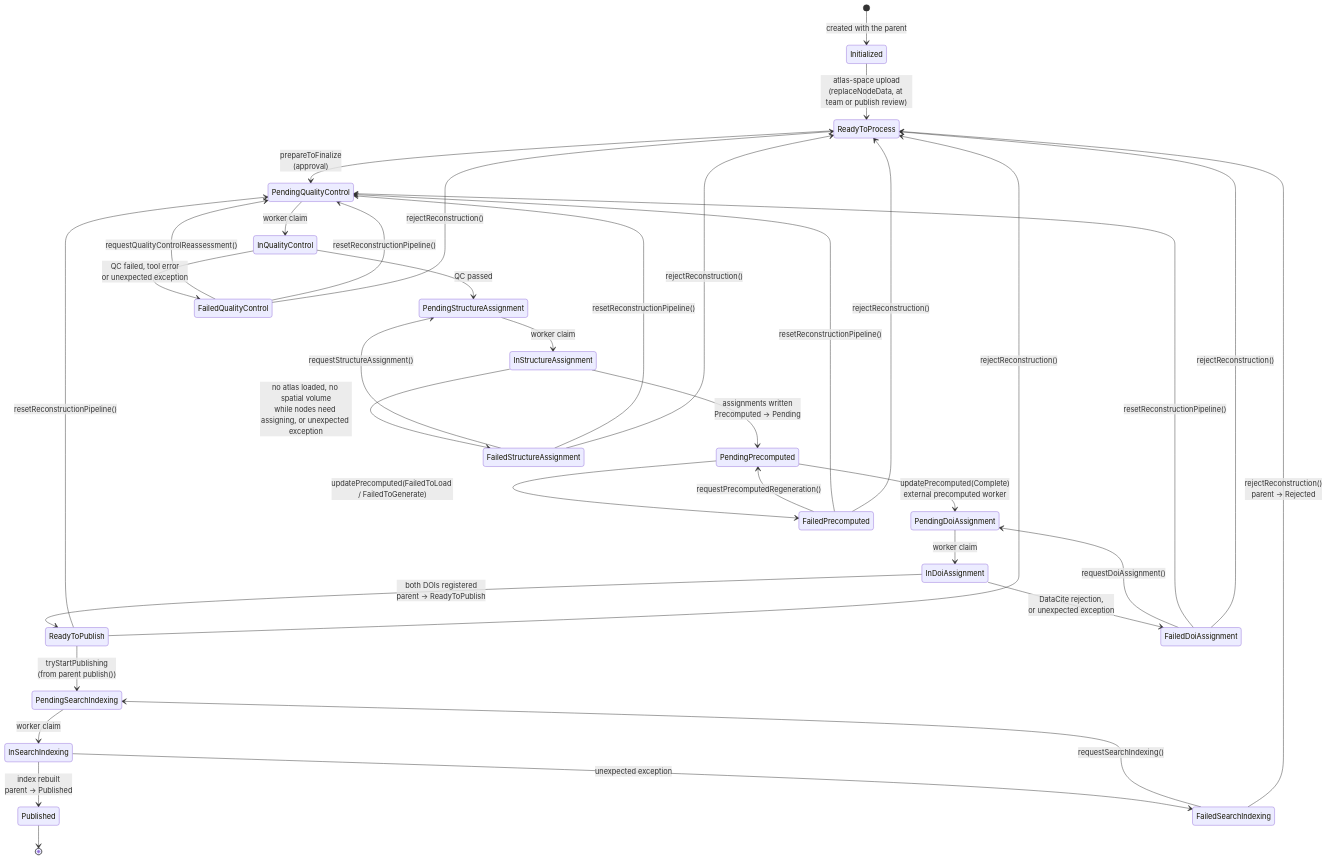
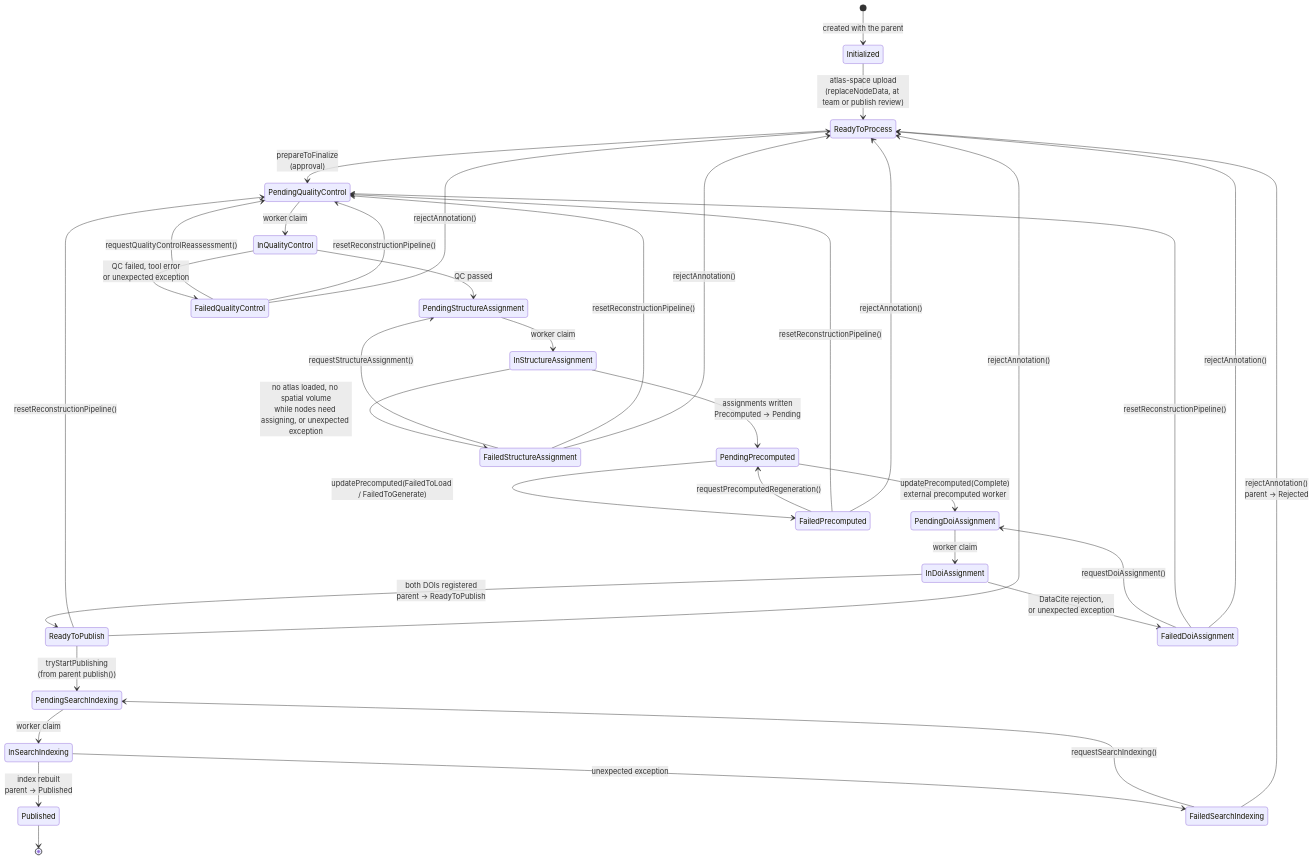
Before and after one commit to AllenNeuralDynamics/nmcp-api: the seventh of 8 diagrams in doc/publish-workflow.md, drawn with Mermaid. The commit also changed other lines of this file and 70 other files, not shown here.

Commit message:
Update data model for annotation/specimen-space reconstruction.

````diff
--- a/doc/publish-workflow.md
+++ b/doc/publish-workflow.md
@@ -699,48 +724,48 @@
 ```mermaid
 stateDiagram-v2
     direction TB
     [*] --> Initialized: created with the parent
 
     Initialized --> ReadyToProcess: atlas-space upload<br/>(replaceNodeData, at team or publish review)
     ReadyToProcess --> PendingQualityControl: prepareToFinalize<br/>(approval)
 
     PendingQualityControl --> InQualityControl: worker claim
     InQualityControl --> PendingStructureAssignment: QC passed
     InQualityControl --> FailedQualityControl: QC failed, tool error<br/>or unexpected exception
     FailedQualityControl --> PendingQualityControl: requestQualityControlReassessment()
 
     PendingStructureAssignment --> InStructureAssignment: worker claim
     InStructureAssignment --> PendingPrecomputed: assignments written<br/>Precomputed → Pending
     InStructureAssignment --> FailedStructureAssignment: no atlas loaded, no spatial volume<br/>while nodes need assigning, or unexpected exception
     FailedStructureAssignment --> PendingStructureAssignment: requestStructureAssignment()
 
     PendingPrecomputed --> PendingDoiAssignment: updatePrecomputed(Complete)<br/>external precomputed worker
     PendingPrecomputed --> FailedPrecomputed: updatePrecomputed(FailedToLoad / FailedToGenerate)
     FailedPrecomputed --> PendingPrecomputed: requestPrecomputedRegeneration()
 
     PendingDoiAssignment --> InDoiAssignment: worker claim
     InDoiAssignment --> ReadyToPublish: both DOIs registered<br/>parent → ReadyToPublish
     InDoiAssignment --> FailedDoiAssignment: DataCite rejection,<br/>or unexpected exception
     FailedDoiAssignment --> PendingDoiAssignment: requestDoiAssignment()
 
     ReadyToPublish --> PendingSearchIndexing: tryStartPublishing<br/>(from parent publish())
     PendingSearchIndexing --> InSearchIndexing: worker claim
     InSearchIndexing --> Published: index rebuilt<br/>parent → Published
     InSearchIndexing --> FailedSearchIndexing: unexpected exception
     FailedSearchIndexing --> PendingSearchIndexing: requestSearchIndexing()
 
     FailedQualityControl --> PendingQualityControl: resetReconstructionPipeline()
     FailedStructureAssignment --> PendingQualityControl: resetReconstructionPipeline()
     FailedPrecomputed --> PendingQualityControl: resetReconstructionPipeline()
     FailedDoiAssignment --> PendingQualityControl: resetReconstructionPipeline()
     ReadyToPublish --> PendingQualityControl: resetReconstructionPipeline()
 
-    FailedQualityControl --> ReadyToProcess: rejectReconstruction()
-    FailedStructureAssignment --> ReadyToProcess: rejectReconstruction()
-    FailedPrecomputed --> ReadyToProcess: rejectReconstruction()
-    FailedDoiAssignment --> ReadyToProcess: rejectReconstruction()
-    ReadyToPublish --> ReadyToProcess: rejectReconstruction()
-    FailedSearchIndexing --> ReadyToProcess: rejectReconstruction()<br/>parent → Rejected
+    FailedQualityControl --> ReadyToProcess: rejectAnnotation()
+    FailedStructureAssignment --> ReadyToProcess: rejectAnnotation()
+    FailedPrecomputed --> ReadyToProcess: rejectAnnotation()
+    FailedDoiAssignment --> ReadyToProcess: rejectAnnotation()
+    ReadyToPublish --> ReadyToProcess: rejectAnnotation()
+    FailedSearchIndexing --> ReadyToProcess: rejectAnnotation()<br/>parent → Rejected
 
     Published --> [*]
 ```
````
